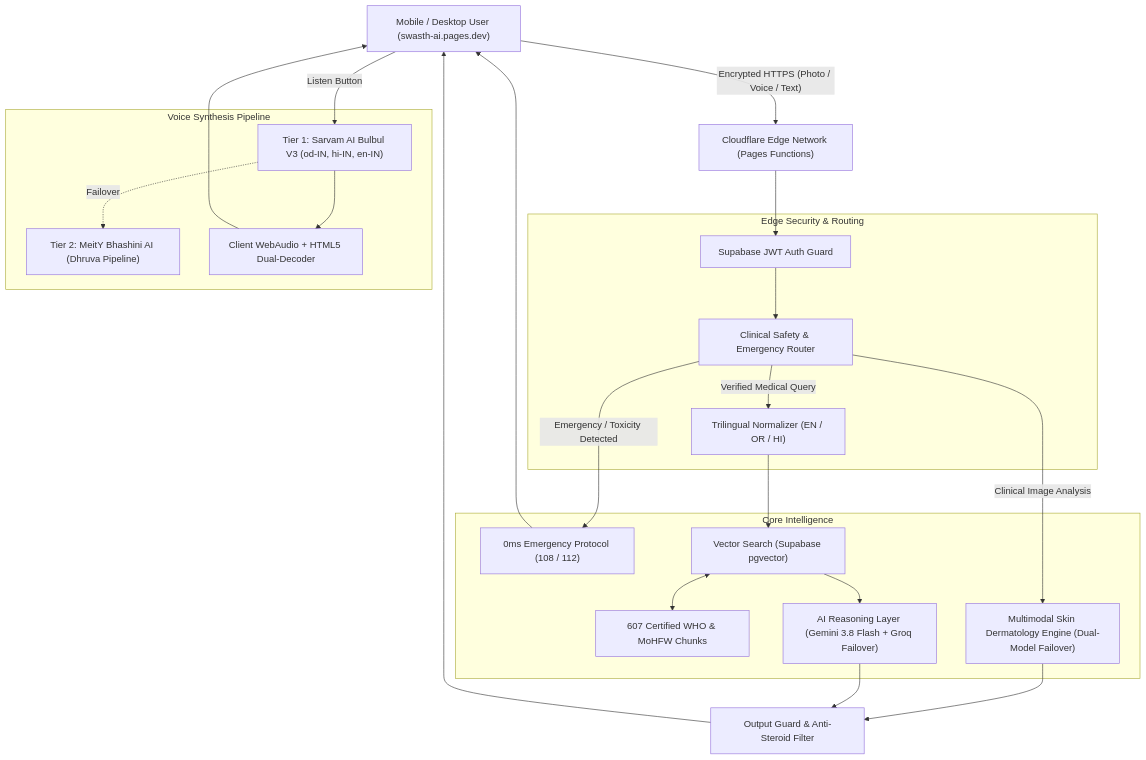
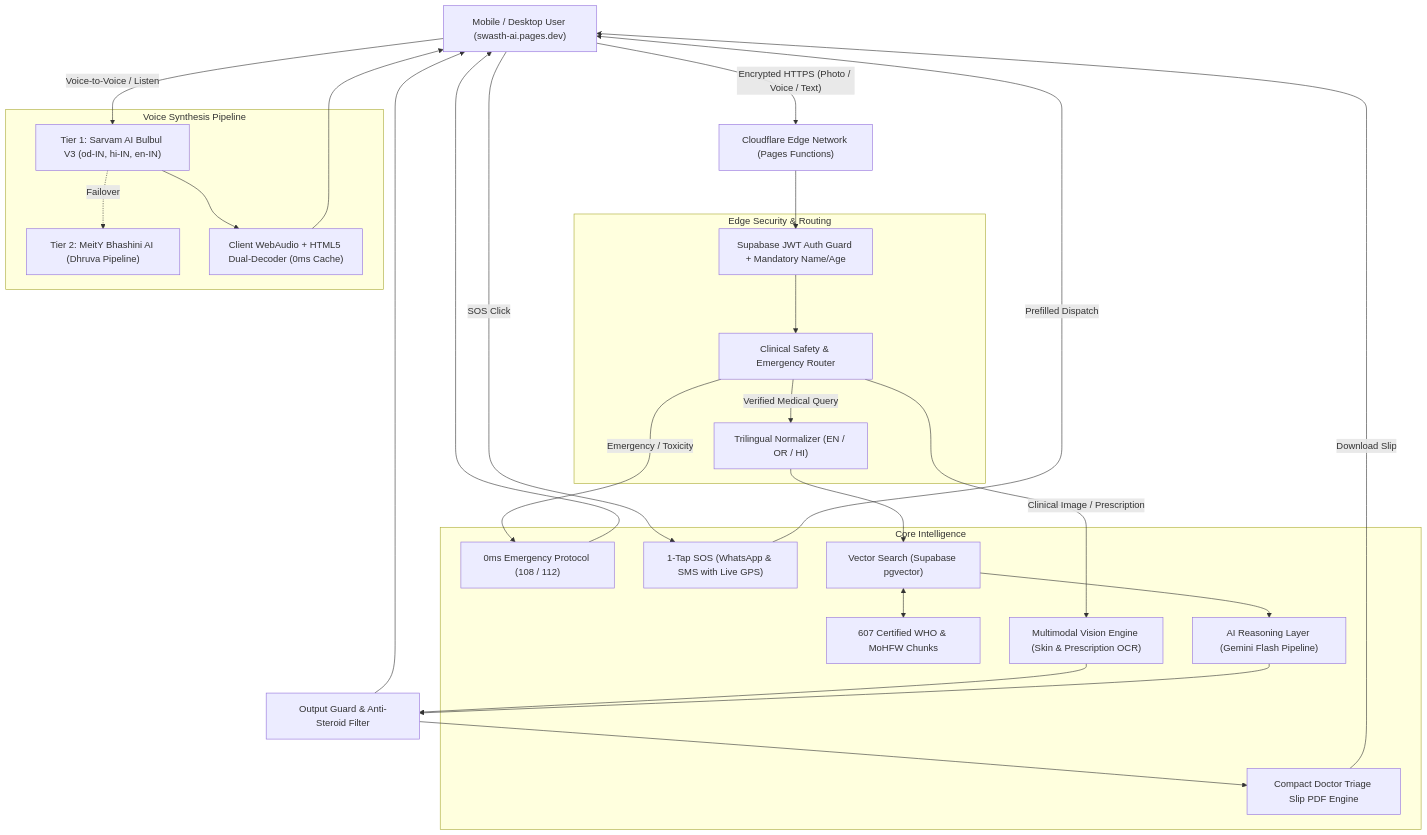
The diagram in README.md (AsutoshMishra-Engineer/SWASTH-AI-), drawn with Mermaid before and after one commit. The commit also changed other lines of this file, not shown here.

Commit message:
docs: update README with 142 passing tests, prescription OCR explainer, 100% hands-free voice mode, 1-tap SOS GPS dispatch, and doctor triage slip PDF

````diff
--- a/README.md
+++ b/README.md
@@ -93,47 +120,54 @@
 ```mermaid
 graph TD
     User["Mobile / Desktop User (swasth-ai.pages.dev)"]
     Edge["Cloudflare Edge Network (Pages Functions)"]
     
     subgraph "Edge Security & Routing"
-        Auth["Supabase JWT Auth Guard"]
+        Auth["Supabase JWT Auth Guard + Mandatory Name/Age"]
         Safety["Clinical Safety & Emergency Router"]
         Lang["Trilingual Normalizer (EN / OR / HI)"]
     end
     
     subgraph "Core Intelligence"
         Emergency["0ms Emergency Protocol (108 / 112)"]
+        SOS["1-Tap SOS (WhatsApp & SMS with Live GPS)"]
         RAG["Vector Search (Supabase pgvector)"]
         Knowledge["607 Certified WHO & MoHFW Chunks"]
-        Reasoning["AI Reasoning Layer (Gemini 3.8 Flash + Groq Failover)"]
-        Vision["Multimodal Skin Dermatology Engine (Dual-Model Failover)"]
+        Reasoning["AI Reasoning Layer (Gemini Flash Pipeline)"]
+        Vision["Multimodal Vision Engine (Skin & Prescription OCR)"]
+        PDFGen["Compact Doctor Triage Slip PDF Engine"]
     end
     
     subgraph "Voice Synthesis Pipeline"
         Sarvam["Tier 1: Sarvam AI Bulbul V3 (od-IN, hi-IN, en-IN)"]
         Bhashini["Tier 2: MeitY Bhashini AI (Dhruva Pipeline)"]
-        WebAudio["Client WebAudio + HTML5 Dual-Decoder"]
+        WebAudio["Client WebAudio + HTML5 Dual-Decoder (0ms Cache)"]
     end
 
     User -->|"Encrypted HTTPS (Photo / Voice / Text)"| Edge
     Edge --> Auth
     Auth --> Safety
     
-    Safety -- "Emergency / Toxicity Detected" --> Emergency
+    Safety -- "Emergency / Toxicity" --> Emergency
     Emergency --> User
     
-    Safety -- "Clinical Image Analysis" --> Vision
+    User -->|"SOS Click"| SOS
+    SOS -->|"Prefilled Dispatch"| User
+    
+    Safety -- "Clinical Image / Prescription" --> Vision
     Vision --> OutputGuard["Output Guard & Anti-Steroid Filter"]
     
     Safety -- "Verified Medical Query" --> Lang
     Lang --> RAG
     RAG <--> Knowledge
     RAG --> Reasoning
     Reasoning --> OutputGuard
     
+    OutputGuard --> PDFGen
+    PDFGen -->|"Download Slip"| User
     OutputGuard --> User
-    User -->|"Listen Button"| Sarvam
+    User -->|"Voice-to-Voice / Listen"| Sarvam
     Sarvam -.->|"Failover"| Bhashini
     Sarvam --> WebAudio
     WebAudio --> User
 ```
````
